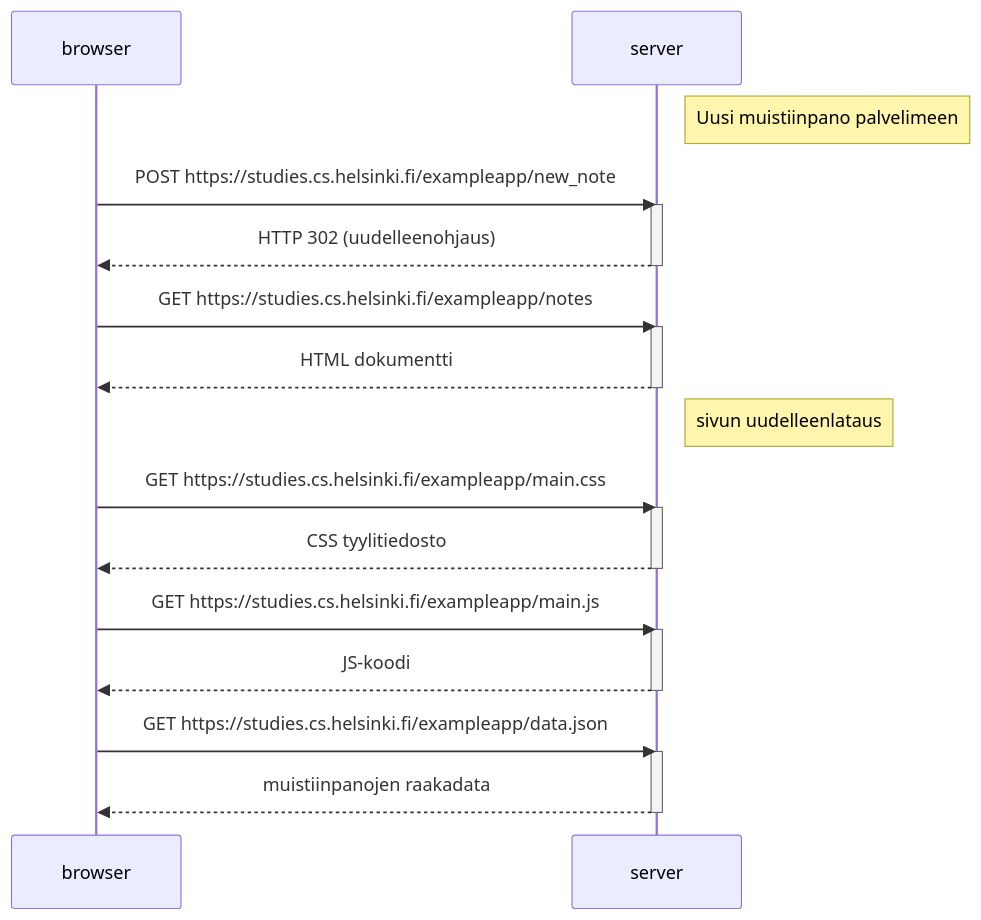
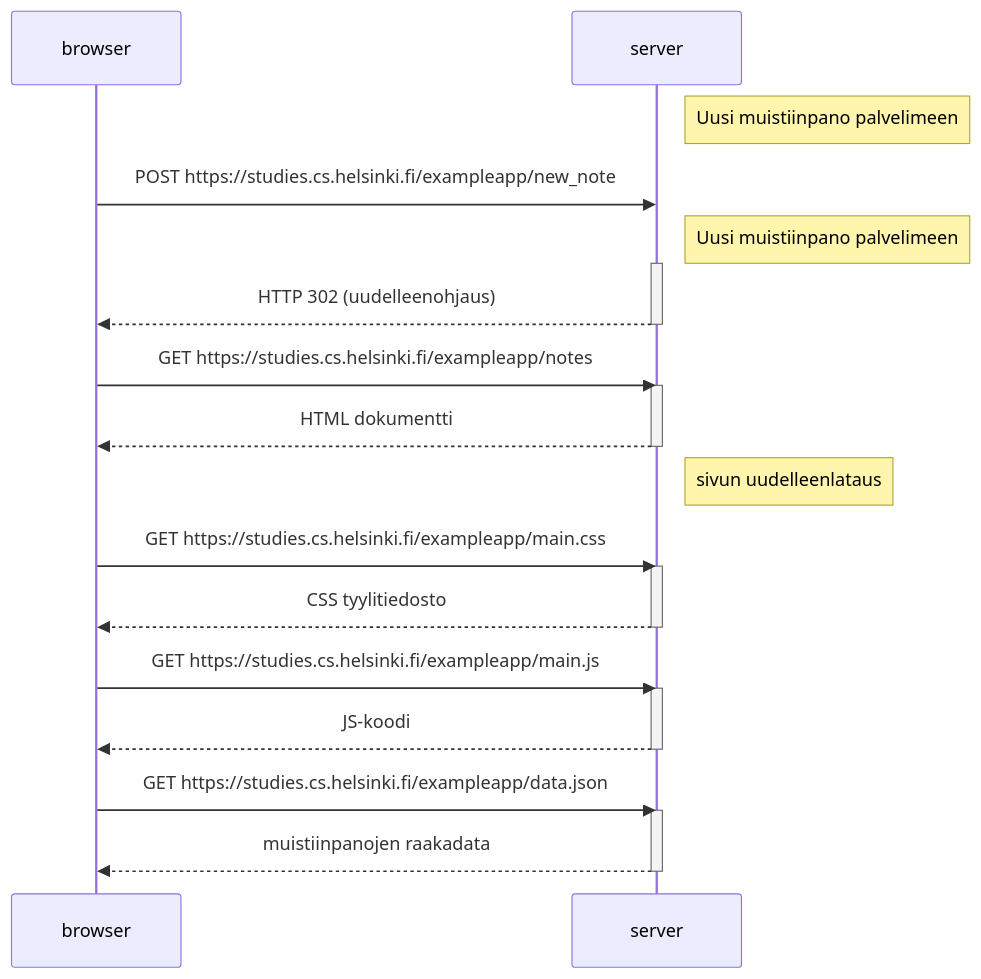
The diagram in osa0/0.4_uusi_muistiinpano.md (AKoivisto/Fullstack24), drawn with Mermaid before and after one commit.

````diff
--- a/osa0/0.4_uusi_muistiinpano.md
+++ b/osa0/0.4_uusi_muistiinpano.md
@@ -1,35 +1,36 @@
 ```mermaid
 sequenceDiagram
     participant browser
     participant server
 
     
     Note right of server: Uusi muistiinpano palvelimeen
 
     browser->>server: POST https://studies.cs.helsinki.fi/exampleapp/new_note
+    Note right of server: Uusi muistiinpano palvelimeen
     activate server
     server-->>browser: HTTP 302 (uudelleenohjaus)
     deactivate server
 
     browser->>server: GET https://studies.cs.helsinki.fi/exampleapp/notes
     activate server
     server-->>browser: HTML dokumentti
     deactivate server
 
     Note right of server: sivun uudelleenlataus
 
     browser->>server: GET https://studies.cs.helsinki.fi/exampleapp/main.css
     activate server
     server-->>browser: CSS tyylitiedosto
     deactivate server
 
     browser->>server: GET https://studies.cs.helsinki.fi/exampleapp/main.js
     activate server
     server-->>browser: JS-koodi
     deactivate server
 
     browser->>server: GET https://studies.cs.helsinki.fi/exampleapp/data.json
     activate server
     server-->>browser: muistiinpanojen raakadata
     deactivate server
 ```
````
